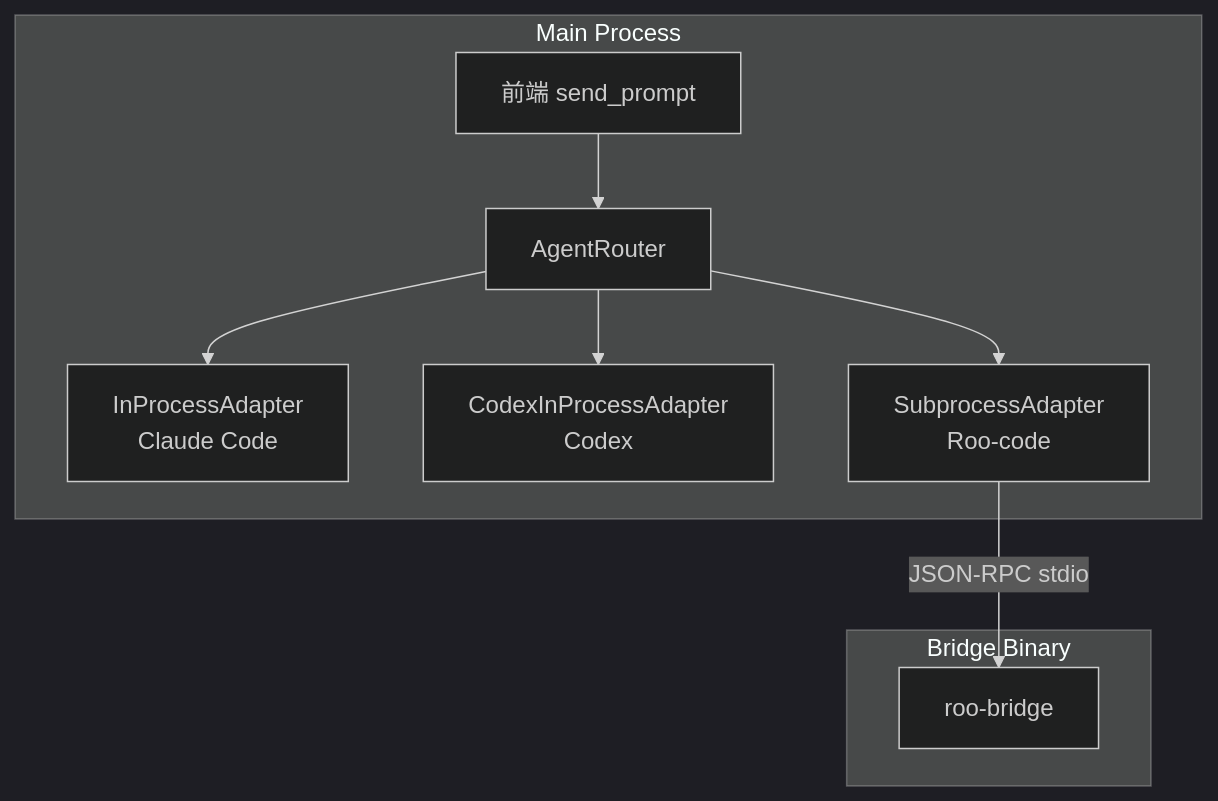
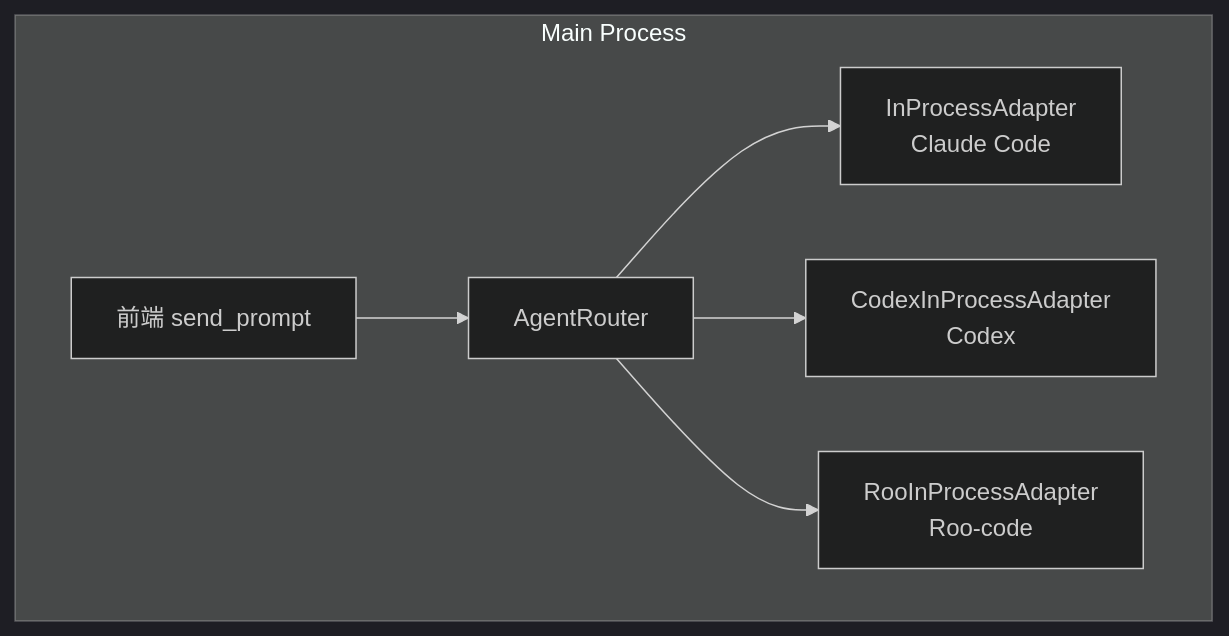
Before and after one commit to yanzhi0922/remote-code-rust: the diagram in README.md, drawn with Mermaid (dark theme). The commit also changed other lines of this file and 6 other files, not shown here.

Commit message:
refactor: remove roo-bridge subprocess mode, keep only native in-process integration

````diff
--- a/README.md
+++ b/README.md
@@ -331,20 +331,15 @@
 ```mermaid
 graph TB
     subgraph Main Process
         UI[前端 send_prompt]
         ROUTER[AgentRouter]
         IPA[InProcessAdapter<br/>Claude Code]
         CXA[CodexInProcessAdapter<br/>Codex]
-        SA_ROO[SubprocessAdapter<br/>Roo-code]
-    end
-
-    subgraph Bridge Binary
-        ROO_BRIDGE[roo-bridge]
+        ROA[RooInProcessAdapter<br/>Roo-code]
     end
 
     UI --> ROUTER
     ROUTER --> IPA
     ROUTER --> CXA
-    ROUTER --> SA_ROO
-    SA_ROO -->|JSON-RPC stdio| ROO_BRIDGE
+    ROUTER --> ROA
 ```
````
